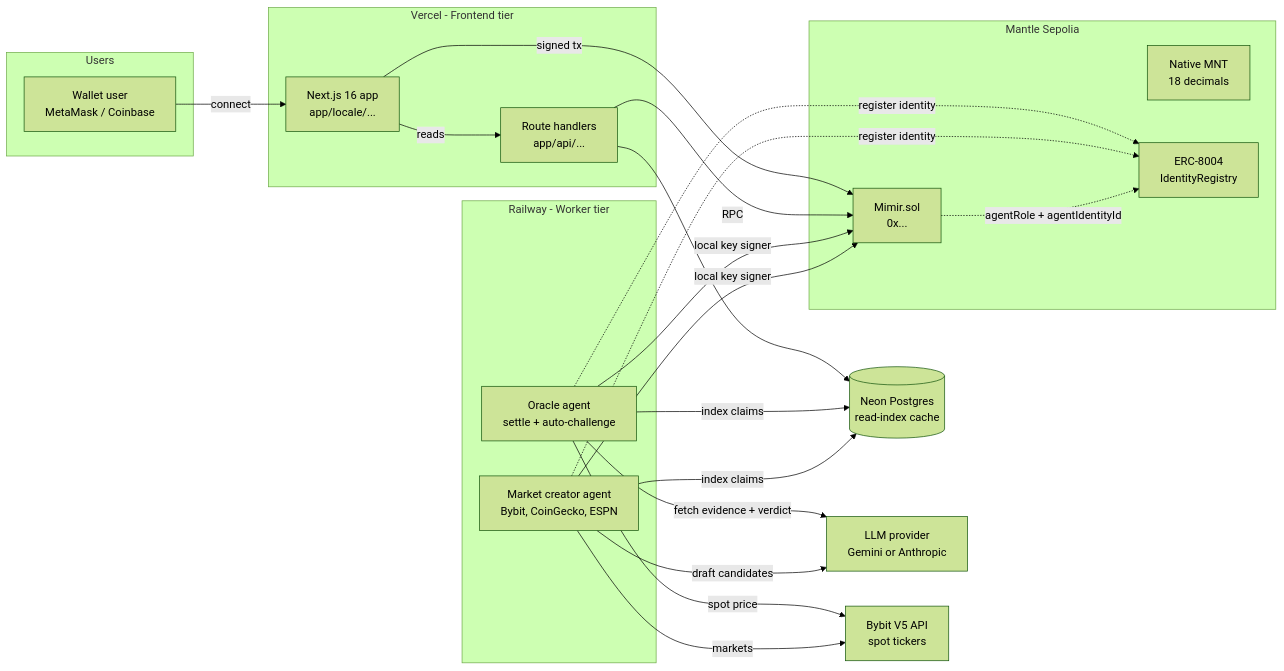
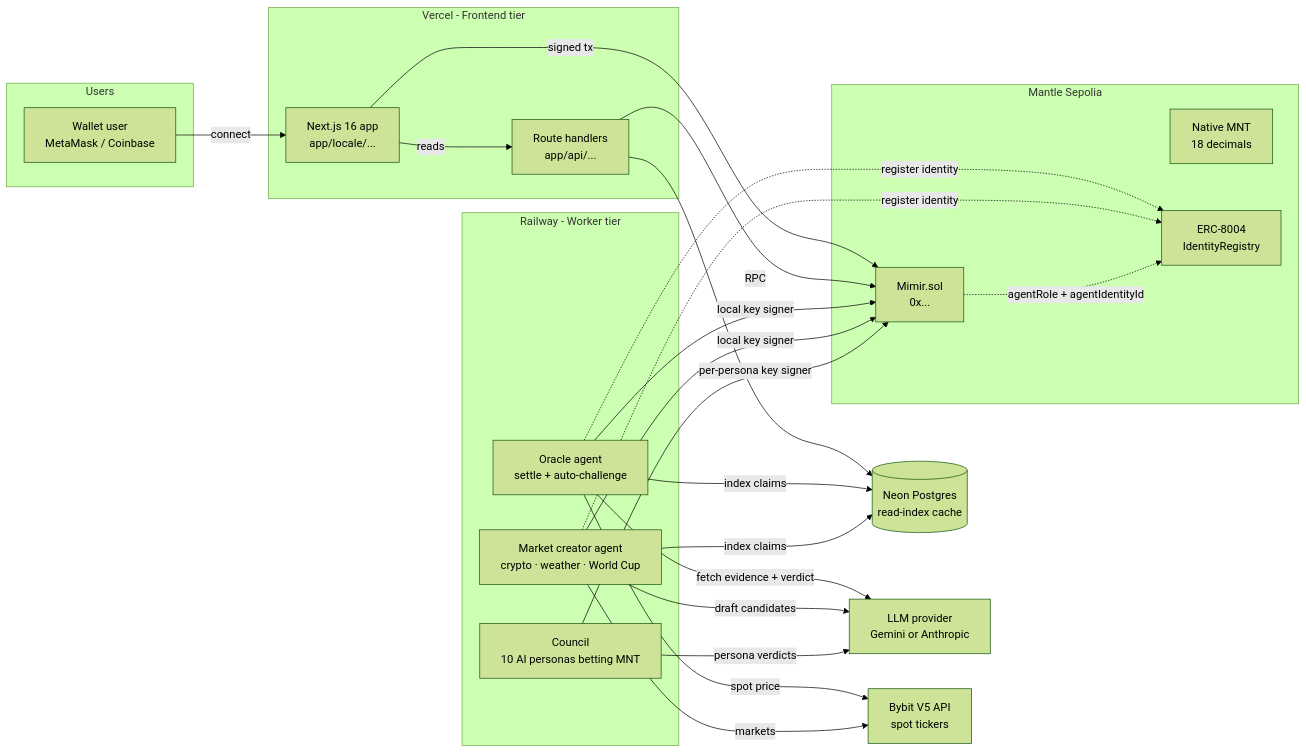
Before and after one commit to enliven17/mimir-mantle: the first of 6 diagrams in README.md, drawn with Mermaid (forest theme). The commit also changed other lines of this file, not shown here.

Commit message:
docs(readme): document the council system

````diff
--- a/README.md
+++ b/README.md
@@ -57,45 +59,49 @@
 ```mermaid
 flowchart LR
     subgraph user[Users]
         U[Wallet user<br/>MetaMask / Coinbase]
     end
 
     subgraph vercel[Vercel - Frontend tier]
         FE[Next.js 16 app<br/>app/locale/...]
         API[Route handlers<br/>app/api/...]
     end
 
     subgraph railway[Railway - Worker tier]
         OR[Oracle agent<br/>settle + auto-challenge]
-        MC[Market creator agent<br/>Bybit, CoinGecko, ESPN]
+        MC[Market creator agent<br/>crypto · weather · World Cup]
+        CO[Council<br/>10 AI personas betting MNT]
     end
 
     subgraph mantle[Mantle Sepolia]
         CT[Mimir.sol<br/>0x...]
         MNT[Native MNT<br/>18 decimals]
         ID[ERC-8004<br/>IdentityRegistry]
     end
 
     NEON[(Neon Postgres<br/>read-index cache)]
     LLM[LLM provider<br/>Gemini or Anthropic]
     BYBIT[Bybit V5 API<br/>spot tickers]
 
     U -->|connect| FE
     FE -->|signed tx| CT
     FE -->|reads| API
     API -->|RPC| CT
     API --> NEON
 
     OR -->|local key signer| CT
     MC -->|local key signer| CT
     OR -->|fetch evidence + verdict| LLM
     OR -->|spot price| BYBIT
     MC -->|draft candidates| LLM
     MC -->|markets| BYBIT
     OR -->|index claims| NEON
     MC -->|index claims| NEON
 
+    CO -->|per-persona key signer| CT
+    CO -->|persona verdicts| LLM
+
     OR -.->|register identity| ID
     MC -.->|register identity| ID
     CT -.->|agentRole + agentIdentityId| ID
 ```
````
